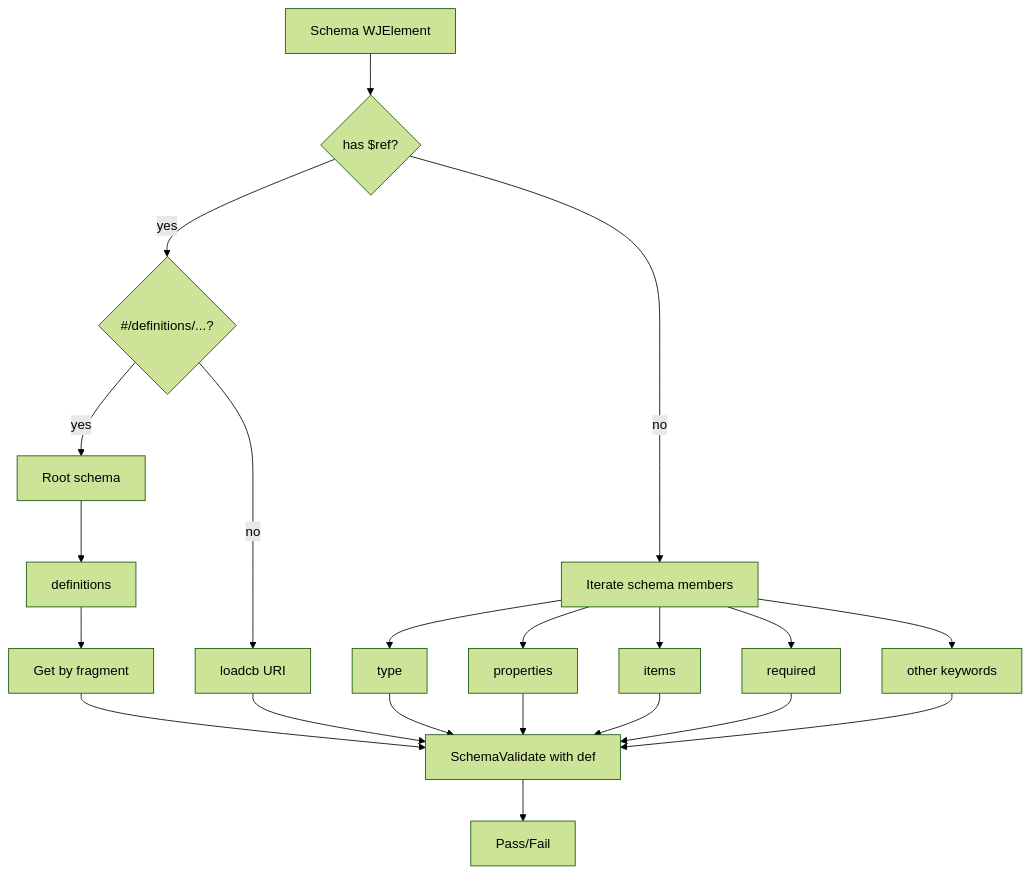
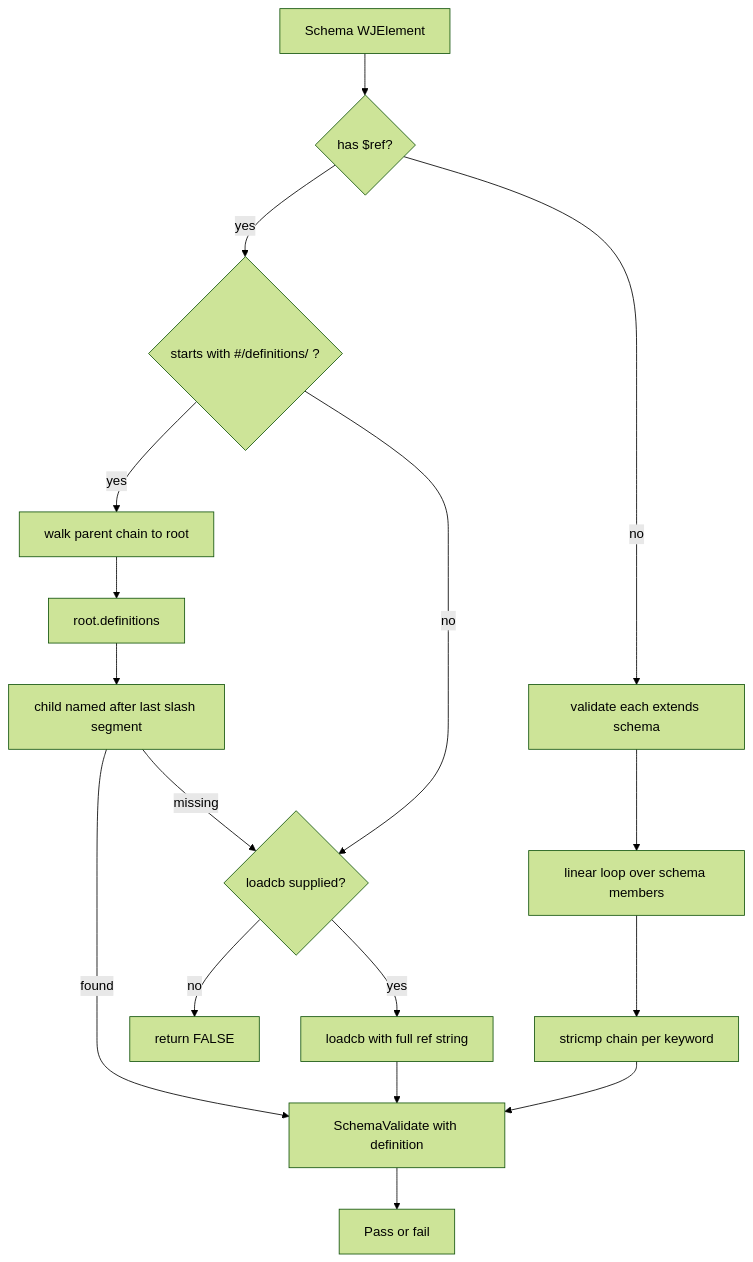
One commit to goddtriffin/json-schema-rs changed the second of 2 diagrams in research/reports/c/netmail-open-wjelement.md. Above: the diagram before and after it, drawn with Mermaid (forest theme). The commit also changed other lines of this file and 51 other files, not shown here.

````diff
--- a/research/reports/c/netmail-open-wjelement.md
+++ b/research/reports/c/netmail-open-wjelement.md
@@ -118,23 +102,19 @@
 ```mermaid
 flowchart TD
   Schema[Schema WJElement] --> CheckRef{has $ref?}
-  CheckRef -->|yes| Inline{"#/definitions/..."?}
-  Inline -->|yes| Root[Root schema]
-  Root --> Defs[definitions]
-  Defs --> GetDef[Get by fragment]
-  GetDef --> Validate[SchemaValidate with def]
-  Inline -->|no| LoadCB[loadcb URI]
+  CheckRef -->|yes| Inline{"starts with #/definitions/ ?"}
+  Inline -->|yes| Root["walk parent chain to root"]
+  Root --> Defs["root.definitions"]
+  Defs --> GetDef["child named after last slash segment"]
+  GetDef -->|found| Validate[SchemaValidate with definition]
+  GetDef -->|missing| HaveCB
+  Inline -->|no| HaveCB{loadcb supplied?}
+  HaveCB -->|yes| LoadCB["loadcb with full ref string"]
   LoadCB --> Validate
-  CheckRef -->|no| Iter[Iterate schema members]
-  Iter --> Type[type]
-  Iter --> Properties[properties]
-  Iter --> Items[items]
-  Iter --> Required[required]
-  Iter --> Other[other keywords]
-  Type --> Validate
-  Properties --> Validate
-  Items --> Validate
-  Required --> Validate
-  Other --> Validate
-  Validate --> Result[Pass/Fail]
+  HaveCB -->|no| Invalid[return FALSE]
+  CheckRef -->|no| Extends["validate each extends schema"]
+  Extends --> Iter["linear loop over schema members"]
+  Iter --> Dispatch["stricmp chain per keyword"]
+  Dispatch --> Validate
+  Validate --> Result[Pass or fail]
 ```
````
